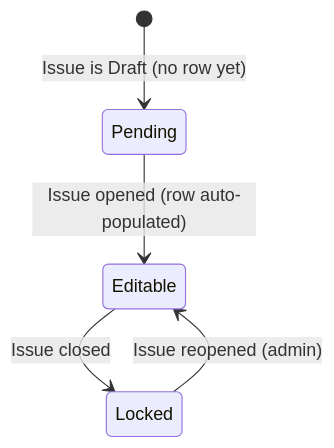
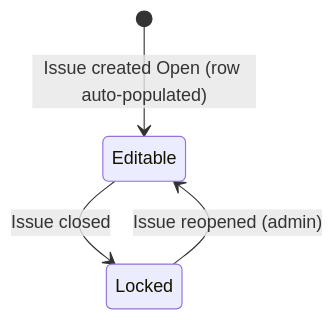
The second of 4 diagrams in docs/delivery_recording_flow.md (uwblueprint/beach-metro), drawn with Mermaid before and after one commit. The commit also changed other lines of this file, not shown here.

First line of the commit message:
Apply delivery review: drop Draft state, remove substitute deliverer

````diff
--- a/docs/delivery_recording_flow.md
+++ b/docs/delivery_recording_flow.md
@@ -137,7 +117,6 @@
 ```mermaid
 stateDiagram-v2
-    [*] --> Pending: Issue is Draft (no row yet)
-    Pending --> Editable: Issue opened (row auto-populated)
+    [*] --> Editable: Issue created Open (row auto-populated)
     Editable --> Locked: Issue closed
     Locked --> Editable: Issue reopened (admin)
 ```
````
